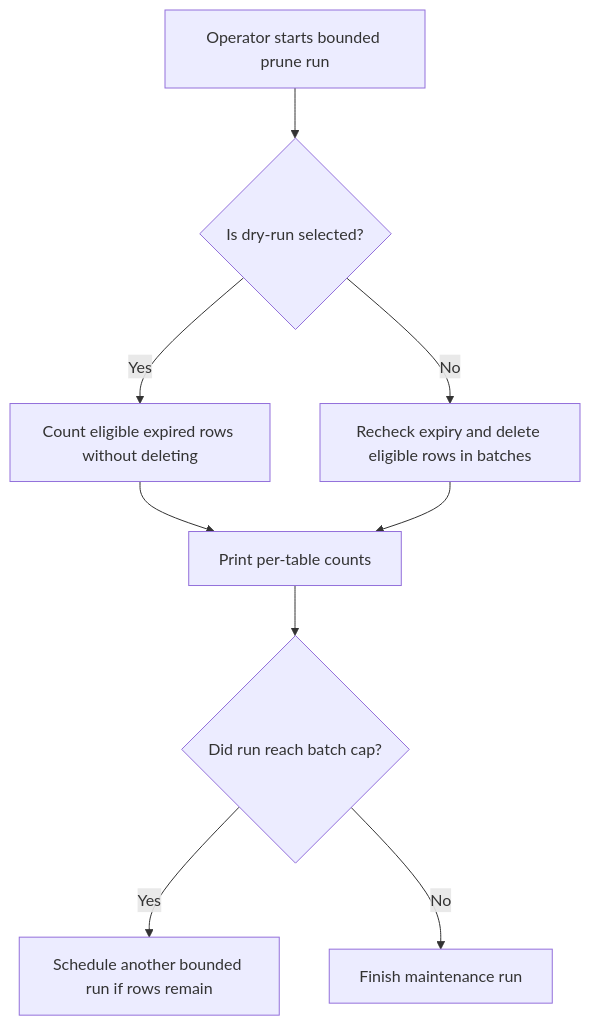
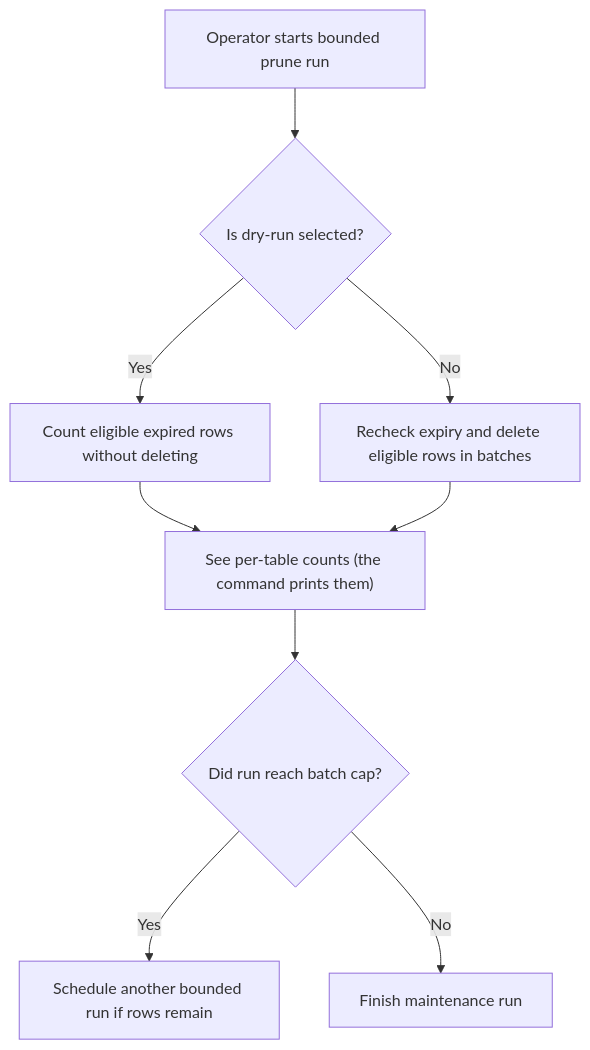
One commit to Kevinjohn/oss-adonisjs-account-kit changed the first of 2 diagrams in user-stories/US-ACCOUNT-33-prune-expired-records.md. Above: the diagram before and after it, drawn with Mermaid. The commit also changed other lines of this file and 9 other files, not shown here.

````diff
--- a/user-stories/US-ACCOUNT-33-prune-expired-records.md
+++ b/user-stories/US-ACCOUNT-33-prune-expired-records.md
@@ -18,11 +18,11 @@
 ```mermaid
 flowchart TD
  A["Operator starts bounded prune run"] --> B{"Is dry-run selected?"}
  B -->|Yes| C["Count eligible expired rows without deleting"]
  B -->|No| D["Recheck expiry and delete eligible rows in batches"]
- C --> E["Print per-table counts"]
+ C --> E["See per-table counts (the command prints them)"]
  D --> E
  E --> F{"Did run reach batch cap?"}
  F -->|Yes| G["Schedule another bounded run if rows remain"]
  F -->|No| H["Finish maintenance run"]
 ```
````
